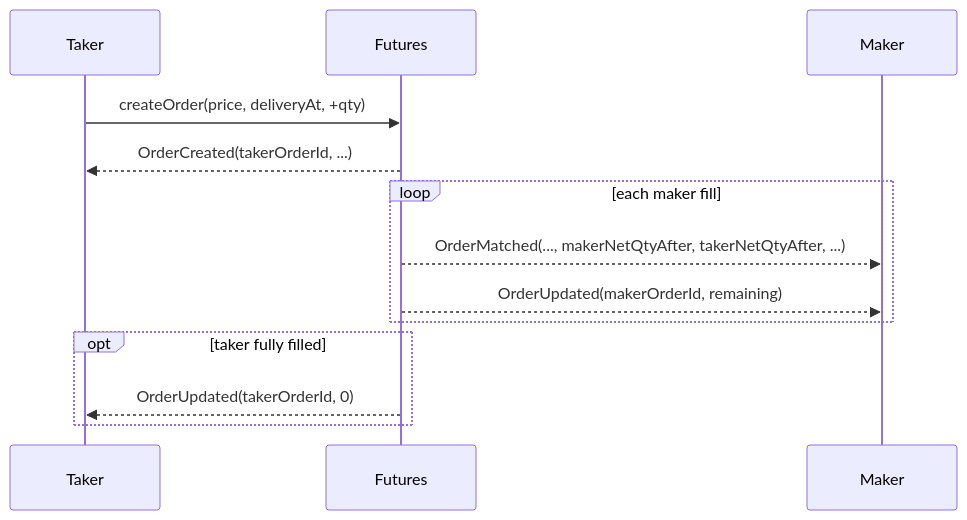
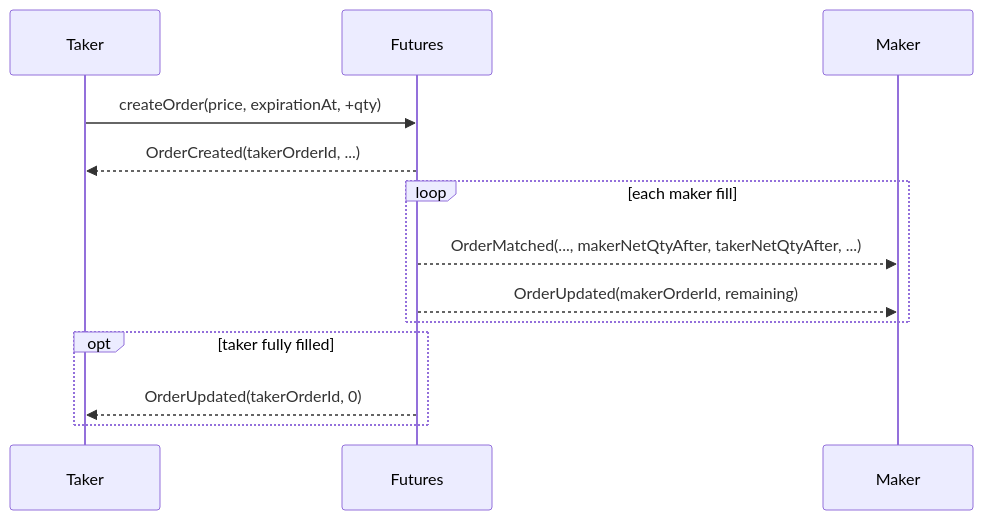
The diagram in docs/06.Event-Desing-Spec.md (Lumerin-protocol/futures-marketplace), drawn with Mermaid before and after one commit. The commit also changed other lines of this file and 86 other files, not shown here.

First line of the commit message:
refactor(futures): rename deliveryAt to expirationAt; align margin getters

````diff
--- a/docs/06.Event-Desing-Spec.md
+++ b/docs/06.Event-Desing-Spec.md
@@ -168,16 +168,16 @@
 ```mermaid
 sequenceDiagram
   participant Taker
   participant Futures
   participant Maker
 
-  Taker->>Futures: createOrder(price, deliveryAt, +qty)
+  Taker->>Futures: createOrder(price, expirationAt, +qty)
   Futures-->>Taker: OrderCreated(takerOrderId, ...)
   loop each maker fill
     Futures-->>Maker: OrderMatched(..., makerNetQtyAfter, takerNetQtyAfter, ...)
     Futures-->>Maker: OrderUpdated(makerOrderId, remaining)
   end
   opt taker fully filled
     Futures-->>Taker: OrderUpdated(takerOrderId, 0)
   end
 ```
````
